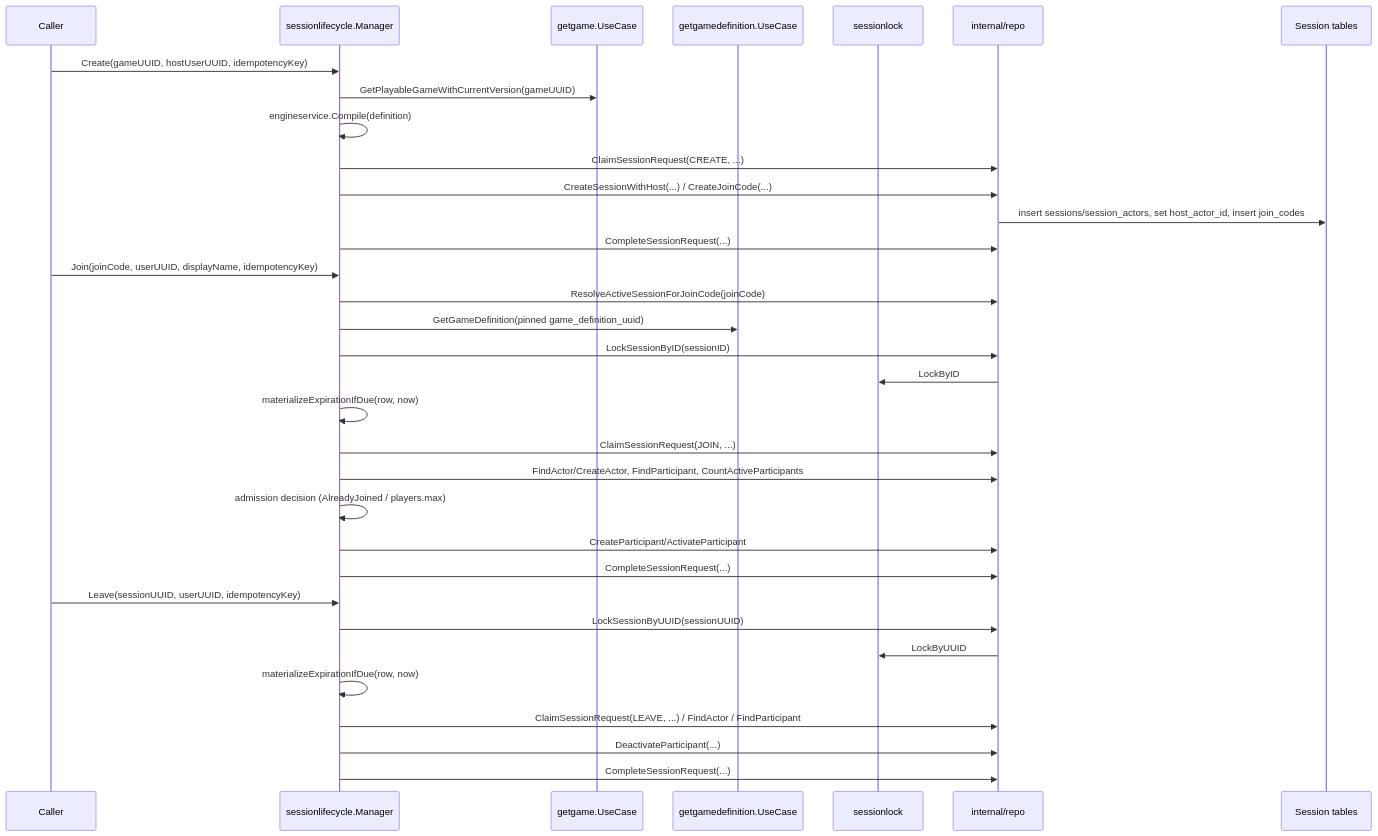
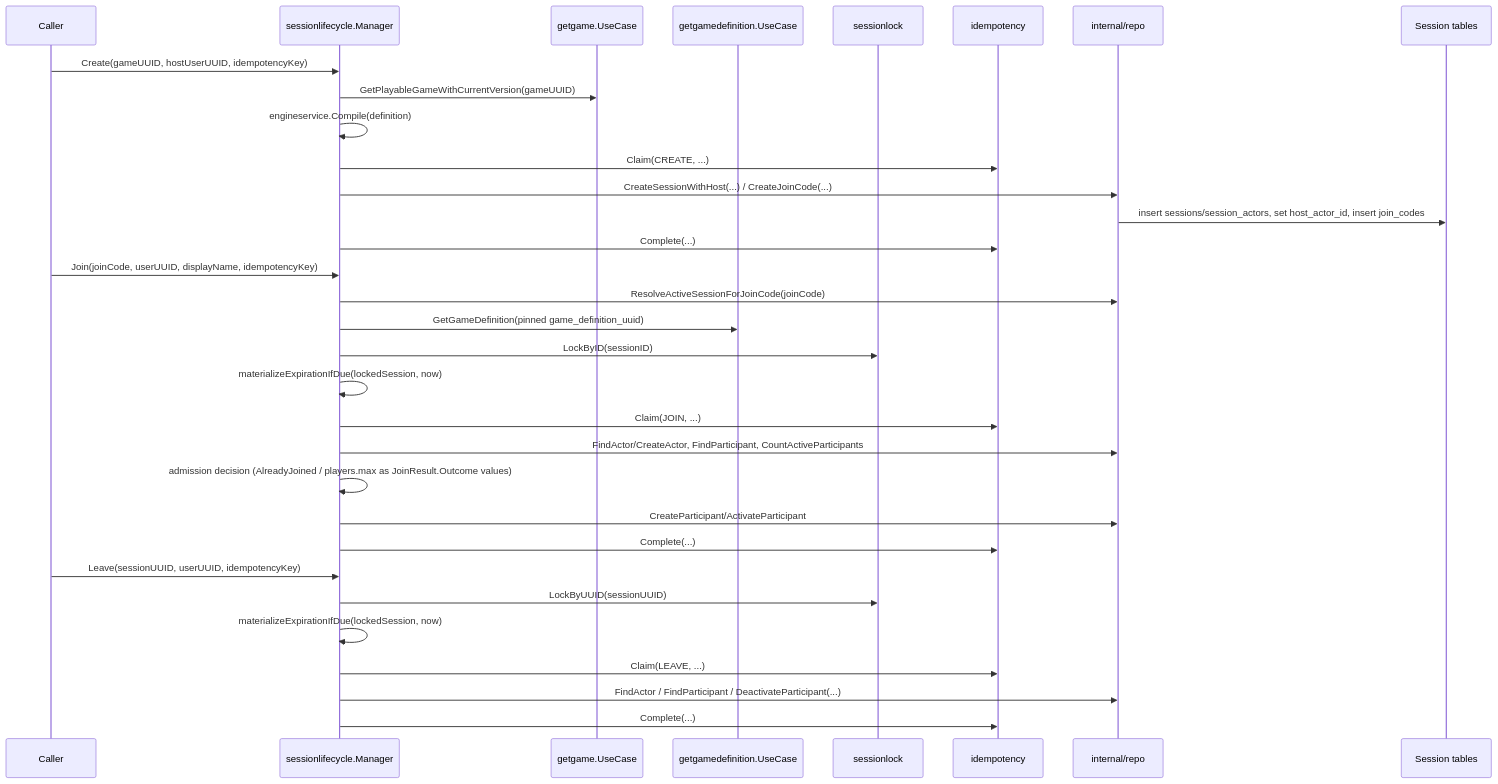
Before and after one commit to diegobermudez03/playhoot: the second of 2 diagrams in game/docs/FLOWS.md, drawn with Mermaid. The commit also changed other lines of this file and 34 other files, not shown here.

````diff
--- a/game/docs/FLOWS.md
+++ b/game/docs/FLOWS.md
@@ -42,38 +42,37 @@
 ```mermaid
 sequenceDiagram
     participant Caller
     participant Mgr as sessionlifecycle.Manager
     participant GetGame as getgame.UseCase
     participant GetDef as getgamedefinition.UseCase
     participant Lock as sessionlock
+    participant Idem as idempotency
     participant Repo as internal/repo
     participant DB as Session tables
 
     Caller->>Mgr: Create(gameUUID, hostUserUUID, idempotencyKey)
     Mgr->>GetGame: GetPlayableGameWithCurrentVersion(gameUUID)
     Mgr->>Mgr: engineservice.Compile(definition)
-    Mgr->>Repo: ClaimSessionRequest(CREATE, ...)
+    Mgr->>Idem: Claim(CREATE, ...)
     Mgr->>Repo: CreateSessionWithHost(...) / CreateJoinCode(...)
     Repo->>DB: insert sessions/session_actors, set host_actor_id, insert join_codes
-    Mgr->>Repo: CompleteSessionRequest(...)
+    Mgr->>Idem: Complete(...)
 
     Caller->>Mgr: Join(joinCode, userUUID, displayName, idempotencyKey)
     Mgr->>Repo: ResolveActiveSessionForJoinCode(joinCode)
     Mgr->>GetDef: GetGameDefinition(pinned game_definition_uuid)
-    Mgr->>Repo: LockSessionByID(sessionID)
-    Repo->>Lock: LockByID
-    Mgr->>Mgr: materializeExpirationIfDue(row, now)
-    Mgr->>Repo: ClaimSessionRequest(JOIN, ...)
+    Mgr->>Lock: LockByID(sessionID)
+    Mgr->>Mgr: materializeExpirationIfDue(lockedSession, now)
+    Mgr->>Idem: Claim(JOIN, ...)
     Mgr->>Repo: FindActor/CreateActor, FindParticipant, CountActiveParticipants
-    Mgr->>Mgr: admission decision (AlreadyJoined / players.max)
+    Mgr->>Mgr: admission decision (AlreadyJoined / players.max as JoinResult.Outcome values)
     Mgr->>Repo: CreateParticipant/ActivateParticipant
-    Mgr->>Repo: CompleteSessionRequest(...)
+    Mgr->>Idem: Complete(...)
 
     Caller->>Mgr: Leave(sessionUUID, userUUID, idempotencyKey)
-    Mgr->>Repo: LockSessionByUUID(sessionUUID)
-    Repo->>Lock: LockByUUID
-    Mgr->>Mgr: materializeExpirationIfDue(row, now)
-    Mgr->>Repo: ClaimSessionRequest(LEAVE, ...) / FindActor / FindParticipant
-    Mgr->>Repo: DeactivateParticipant(...)
-    Mgr->>Repo: CompleteSessionRequest(...)
+    Mgr->>Lock: LockByUUID(sessionUUID)
+    Mgr->>Mgr: materializeExpirationIfDue(lockedSession, now)
+    Mgr->>Idem: Claim(LEAVE, ...)
+    Mgr->>Repo: FindActor / FindParticipant / DeactivateParticipant(...)
+    Mgr->>Idem: Complete(...)
 ```
````
